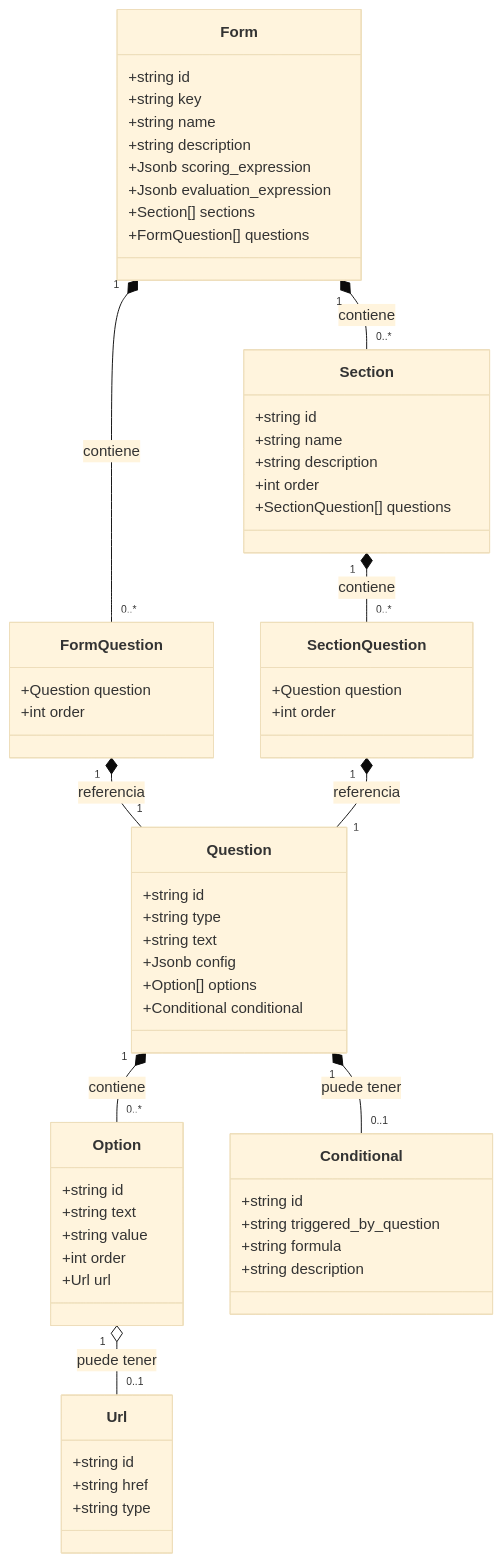
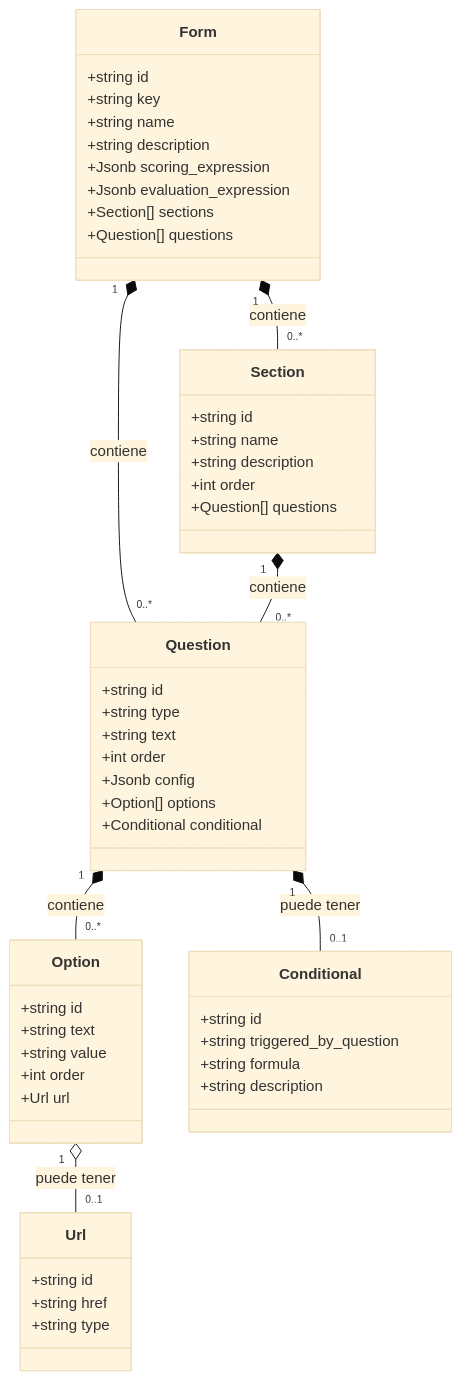
One commit to m4ck-y/dh_docs changed the diagram in features/questionnaires/catalog/CLASS.mmd. Above: the diagram before and after it, drawn with Mermaid (base theme). The commit also changed 1 other file, not shown here.

```diff
--- a/features/questionnaires/catalog/CLASS.mmd
+++ b/features/questionnaires/catalog/CLASS.mmd
@@ -1,73 +1,73 @@
 classDiagram
+    %% ===============================================================
+    %% Vista de documentos (MongoDB) del catalogo.
+    %% Se EXCLUYEN las entidades/clases puente (questions_form,
+    %% questions_section): en un modelo documental la relacion se EMBEBE
+    %% dentro del documento padre.
+    %% Por eso el 'order' de la pregunta vive en Question (aqui), a
+    %% diferencia del ERD relacional, donde el orden pertenece a la puente.
+    %% Question es un subdocumento con 'id' (referencia estable), embebido
+    %% dentro de Form y Section.
+    %% ===============================================================
+
     class Form {
         +string id
         +string key
         +string name
         +string description
         +Jsonb scoring_expression
         +Jsonb evaluation_expression
         +Section[] sections
-        +FormQuestion[] questions
+        +Question[] questions
     }
 
     class Section {
         +string id
         +string name
         +string description
         +int order
-        +SectionQuestion[] questions
-    }
-
-    class FormQuestion {
-        +Question question
-        +int order
-    }
-
-    class SectionQuestion {
-        +Question question
-        +int order
+        +Question[] questions
     }
 
     class Question {
         +string id
         +string type
         +string text
+        +int order
         +Jsonb config
         +Option[] options
         +Conditional conditional
     }
 
     %% Question.config: JSONB nullable, forma segun Question.type
     %% (ver catalog/question_types/). Incluye "required" y parametros del tipo.
-    %% Question NO tiene order: su posicion vive en la relacion
-    %% (FormQuestion.order / SectionQuestion.order), porque es reutilizable.
+    %% Question.order: aqui SI vive el orden (subdocumento embebido);
+    %% en el ERD el orden vive en la puente (ver ERD.mmd).
 
     class Option {
         +string id
         +string text
         +string value
         +int order
         +Url url
     }
 
     class Conditional {
         +string id
         +string triggered_by_question
         +string formula
         +string description
     }
 
     class Url {
         +string id
         +string href
         +string type
     }
 
     Form "1" *-- "0..*" Section : contiene
-    Form "1" *-- "0..*" FormQuestion : contiene
-    Section "1" *-- "0..*" SectionQuestion : contiene
-    FormQuestion "1" *-- "1" Question : referencia
-    SectionQuestion "1" *-- "1" Question : referencia
+    Form "1" *-- "0..*" Question : contiene
+    Section "1" *-- "0..*" Question : contiene
     Question "1" *-- "0..*" Option : contiene
     Question "1" *-- "0..1" Conditional : puede tener
     Option "1" o-- "0..1" Url : puede tener
```
